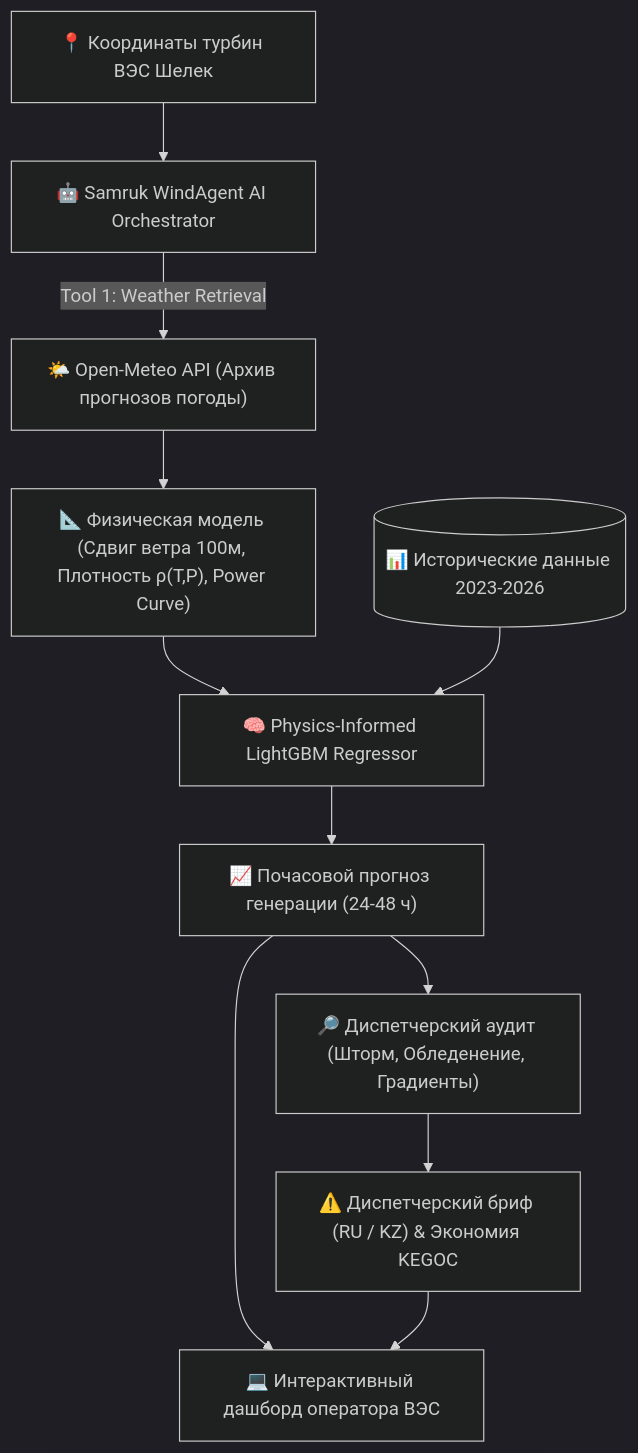
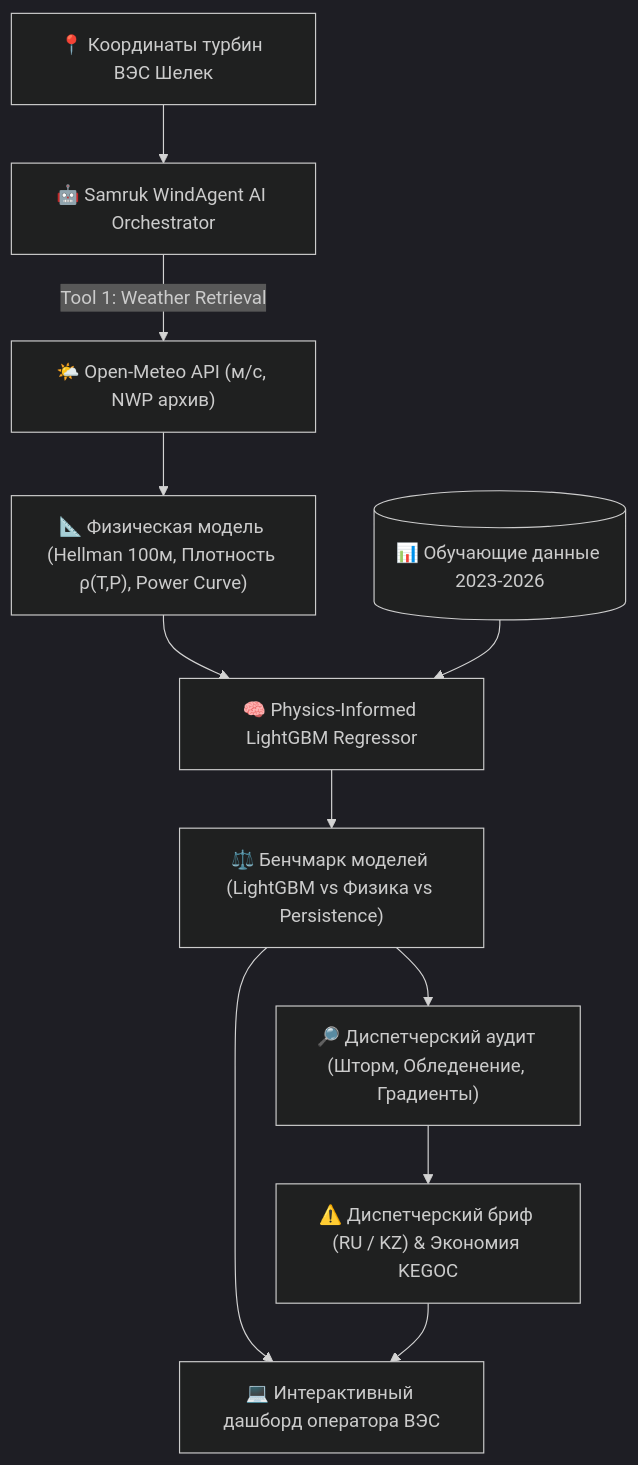
The diagram in README.md (BAITC-Hacks/hack-98e048a9-anhalt-students), drawn with Mermaid (dark theme) before and after one commit. The commit also changed other lines of this file and 14 other files, not shown here.

Commit message:
feat(hour-2): multi-model benchmarking, Open-Meteo m/s fix, turbine capacity scaling and bilingual audit

````diff
--- a/README.md
+++ b/README.md
@@ -36,13 +38,13 @@
 ```mermaid
 flowchart TD
     Coord["📍 Координаты турбин ВЭС Шелек"] --> Agent["🤖 Samruk WindAgent AI Orchestrator"]
-    Agent -->|Tool 1: Weather Retrieval| OM["🌤️ Open-Meteo API (Архив прогнозов погоды)"]
-    OM --> Phys["📐 Физическая модель (Сдвиг ветра 100м, Плотность ρ(T,P), Power Curve)"]
+    Agent -->|Tool 1: Weather Retrieval| OM["🌤️ Open-Meteo API (м/с, NWP архив)"]
+    OM --> Phys["📐 Физическая модель (Hellman 100м, Плотность ρ(T,P), Power Curve)"]
     Phys --> ML["🧠 Physics-Informed LightGBM Regressor"]
-    HistData[("📊 Исторические данные 2023-2026")] --> ML
-    ML --> Forecast["📈 Почасовой прогноз генерации (24-48 ч)"]
-    Forecast --> Reasoner["🔎 Диспетчерский аудит (Шторм, Обледенение, Градиенты)"]
+    HistData[("📊 Обучающие данные 2023-2026")] --> ML
+    ML --> Bench["⚖️ Бенчмарк моделей (LightGBM vs Физика vs Persistence)"]
+    Bench --> Reasoner["🔎 Диспетчерский аудит (Шторм, Обледенение, Градиенты)"]
     Reasoner --> Alerts["⚠️ Диспетчерский бриф (RU / KZ) & Экономия KEGOC"]
-    Forecast --> UI["💻 Интерактивный дашборд оператора ВЭС"]
+    Bench --> UI["💻 Интерактивный дашборд оператора ВЭС"]
     Alerts --> UI
 ```
````
